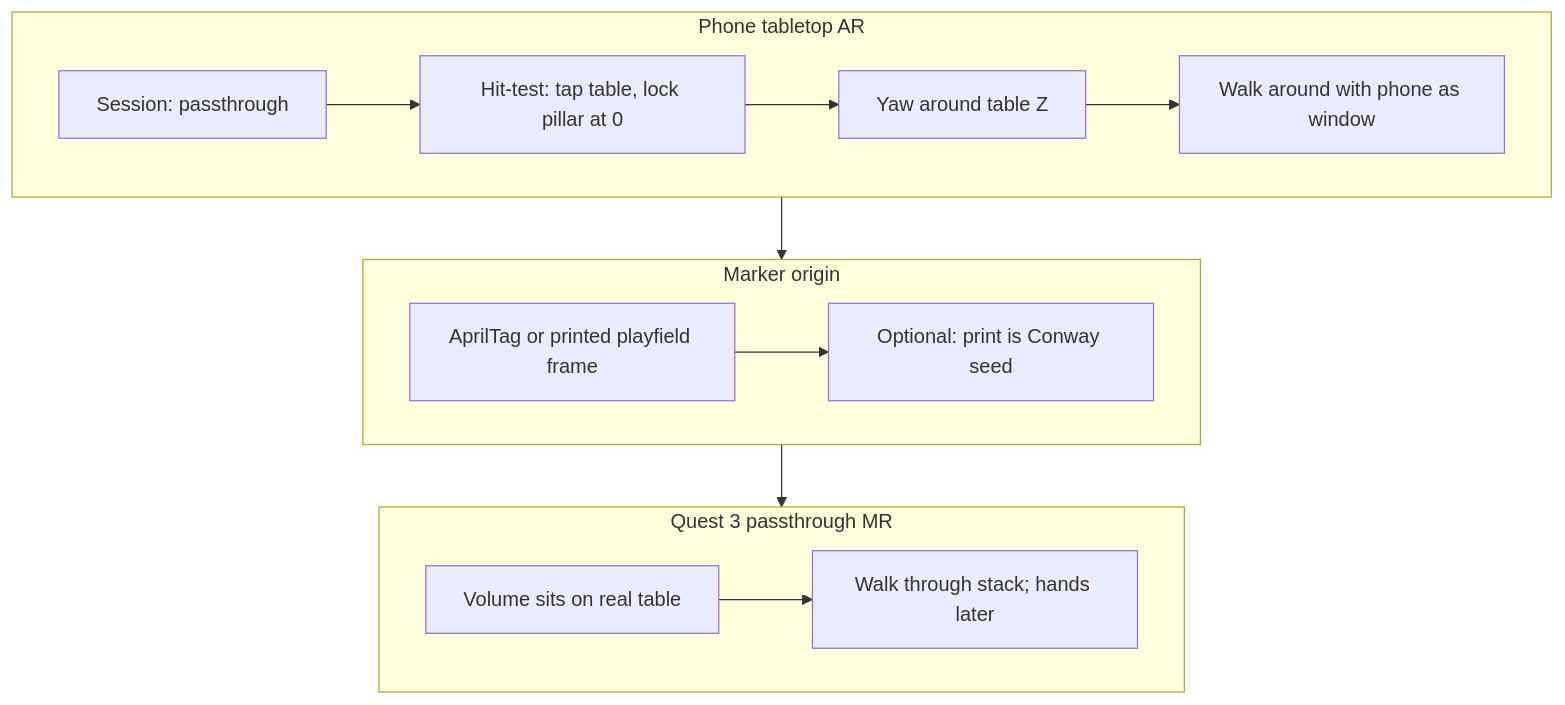
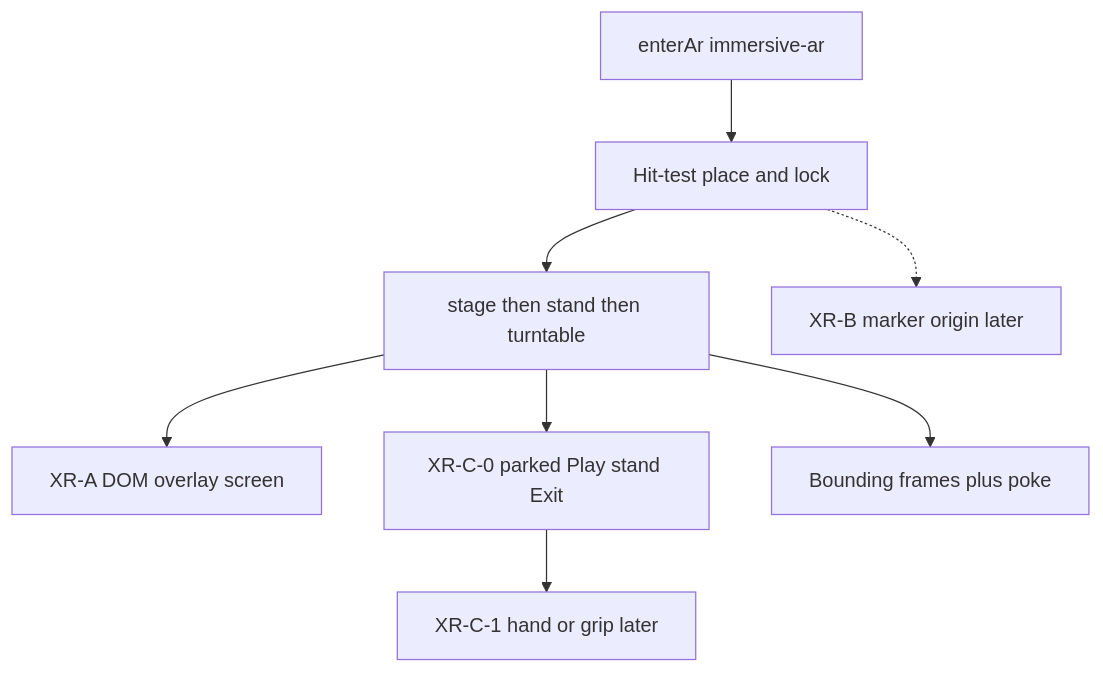
Diagram 29 of 29 in architecture.md (PiMaV/DONNER), drawn with Mermaid before and after one commit. The commit also changed other lines of this file and 33 other files, not shown here.

````diff
--- a/architecture.md
+++ b/architecture.md
@@ -962,22 +1071,17 @@
 ```mermaid
 flowchart TB
-  subgraph phone [Phone tabletop AR]
-    sess[Session: passthrough]
-    hit[Hit-test: tap table, lock pillar at 0]
-    yaw[Yaw around table Z]
-    walk[Walk around with phone as window]
-    sess --> hit --> yaw --> walk
-  end
-  subgraph marker [Marker origin]
-    tag[AprilTag or printed playfield frame]
-    seed[Optional: print is Conway seed]
-    tag --> seed
-  end
-  subgraph quest [Quest 3 passthrough MR]
-    table[Volume sits on real table]
-    explore[Walk through stack; hands later]
-    table --> explore
-  end
-  phone --> marker
-  marker --> quest
+  enter[enterAr immersive-ar]
+  place[Hit-test place and lock]
+  volume[stage then stand then turntable]
+  overlay[XR-A DOM overlay screen]
+  hud[XR-C-0 parked Play stand Exit]
+  frames[Bounding frames plus poke]
+  hands[XR-C-1 hand or grip later]
+  marker[XR-B marker origin later]
+  enter --> place --> volume
+  volume --> overlay
+  volume --> hud
+  volume --> frames
+  hud --> hands
+  place -.-> marker
 ```
````
